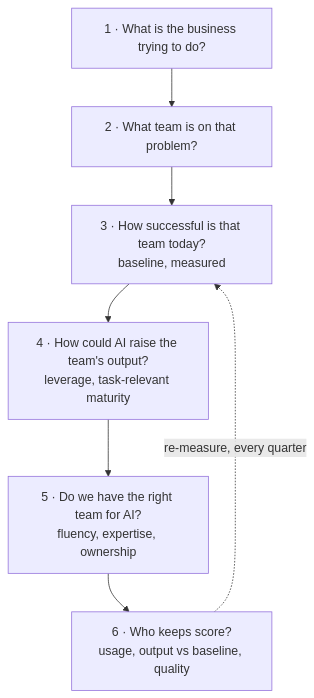
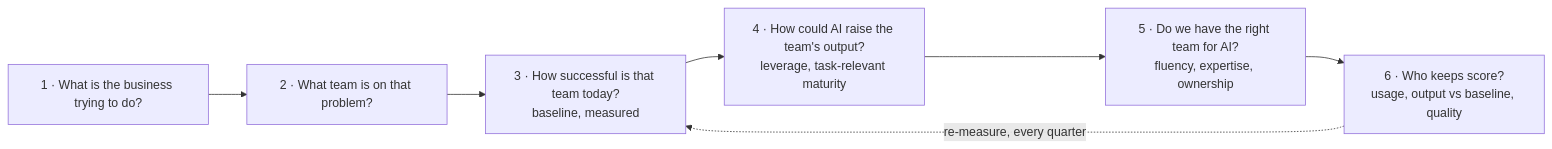
Before and after one commit to michem/ai_consulting: the diagram in content/team-first-ai.md, drawn with Mermaid. The commit also changed 2 other files, not shown here.

````diff
--- a/content/team-first-ai.md
+++ b/content/team-first-ai.md
@@ -18,9 +18,9 @@
 ```mermaid
-flowchart TD
+flowchart LR
     Q1["1 · What is the business trying to do?"] --> Q2["2 · What team is on that problem?"]
     Q2 --> Q3["3 · How successful is that team today?<br/>baseline, measured"]
     Q3 --> Q4["4 · How could AI raise the team's output?<br/>leverage, task-relevant maturity"]
     Q4 --> Q5["5 · Do we have the right team for AI?<br/>fluency, expertise, ownership"]
     Q5 --> Q6["6 · Who keeps score?<br/>usage, output vs baseline, quality"]
     Q6 -. "re-measure, every quarter" .-> Q3
 ```
````
